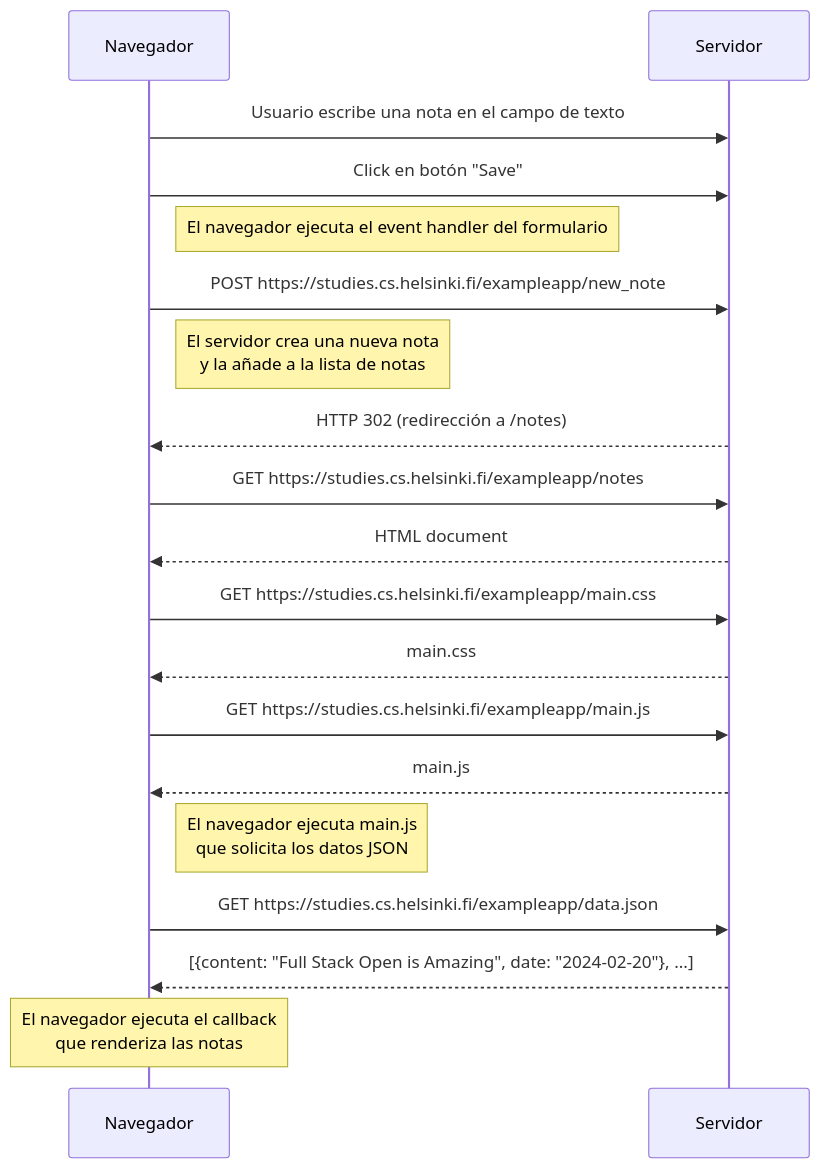
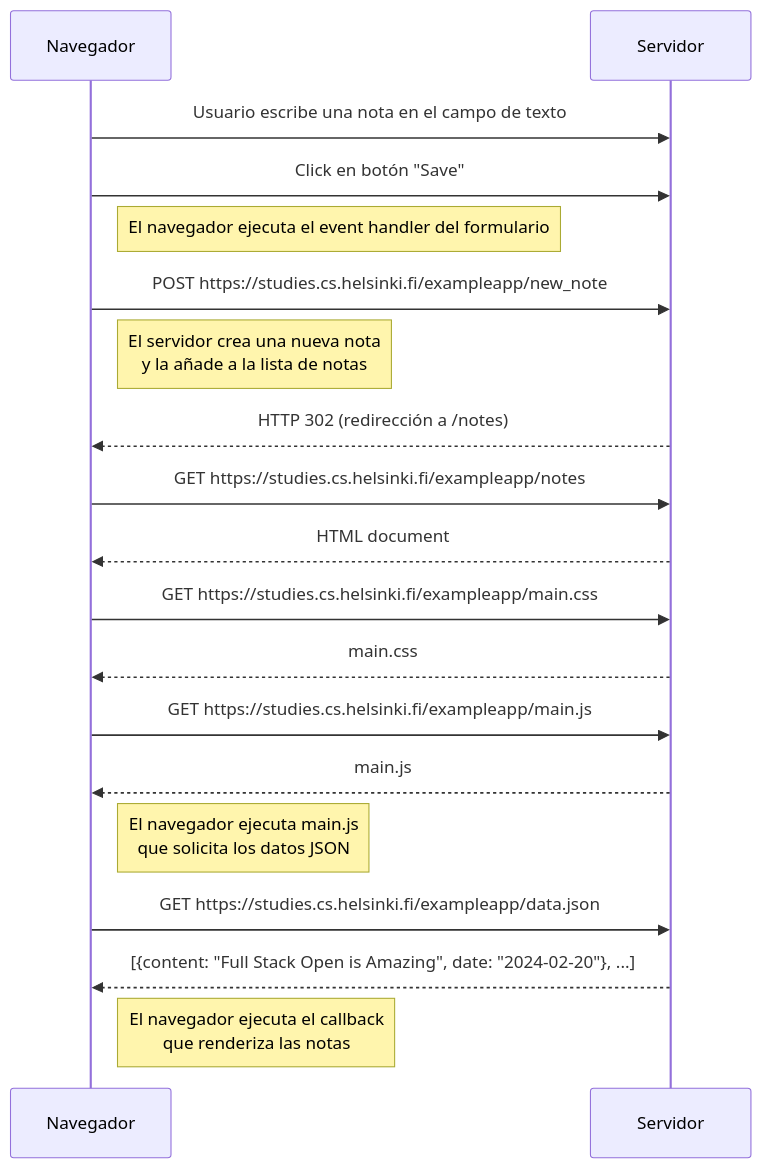
One commit to aiantorres/FullStackOpen changed the diagram in exercise 0.4.md. Above: the diagram before and after it, drawn with Mermaid.

Commit message:
Update exercise 0.4.md

````diff
--- a/exercise 0.4.md
+++ b/exercise 0.4.md
@@ -1,27 +1,27 @@
 ```mermaid
 sequenceDiagram
  
     participant Navegador
     participant Servidor
     Navegador->>Servidor: Usuario escribe una nota en el campo de texto
     Navegador->>Servidor: Click en botón "Save"
     Note right of Navegador: El navegador ejecuta el event handler del formulario
 
 
     Navegador->>Servidor: POST https://studies.cs.helsinki.fi/exampleapp/new_note
     Note right of Navegador: El servidor crea una nueva nota<br/>y la añade a la lista de notas
     Servidor-->>Navegador: HTTP 302 (redirección a /notes)
     Navegador->>Servidor: GET https://studies.cs.helsinki.fi/exampleapp/notes
     Servidor-->>Navegador: HTML document
     Navegador->>Servidor: GET https://studies.cs.helsinki.fi/exampleapp/main.css
     Servidor-->>Navegador: main.css
     Navegador->>Servidor: GET https://studies.cs.helsinki.fi/exampleapp/main.js
     Servidor-->>Navegador: main.js
     Note right of Navegador: El navegador ejecuta main.js<br/>que solicita los datos JSON
     Navegador->>Servidor: GET https://studies.cs.helsinki.fi/exampleapp/data.json
     Servidor-->>Navegador: [{content: "Full Stack Open is Amazing", date: "2024-02-20"}, ...]
-    Note over Navegador: El navegador ejecuta el callback<br/>que renderiza las notas
+    Note right of Navegador: El navegador ejecuta el callback<br/>que renderiza las notas
 
 
 
 ```
````
